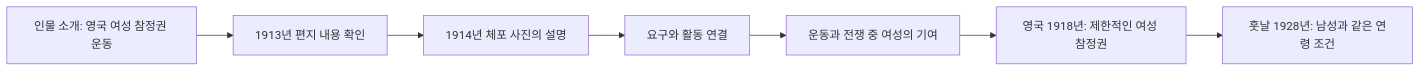
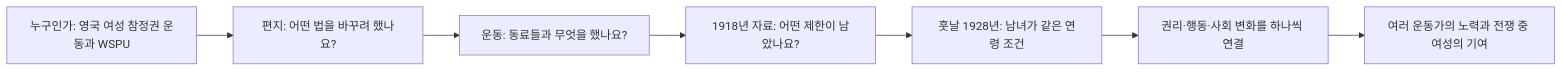
The seventh of 10 diagrams in docs/DIAGRAMS.md (bon17/1919choice), drawn with Mermaid before and after one commit. The commit also changed other lines of this file and 12 other files, not shown here.

````diff
--- a/docs/DIAGRAMS.md
+++ b/docs/DIAGRAMS.md
@@ -136,9 +132,9 @@
 ```mermaid
 flowchart LR
-    A[인물 소개: 영국 여성 참정권 운동] --> B[1913년 편지 내용 확인]
-    B --> C[1914년 체포 사진의 설명]
-    C --> D[요구와 활동 연결]
-    D --> E[운동과 전쟁 중 여성의 기여]
-    E --> F[영국 1918년: 제한적인 여성 참정권]
-    F --> G[훗날 1928년: 남성과 같은 연령 조건]
+    A[누구인가: 영국 여성 참정권 운동과 WSPU] --> B[편지: 어떤 법을 바꾸려 했나요?]
+    B --> C[운동: 동료들과 무엇을 했나요?]
+    C --> D[1918년 자료: 어떤 제한이 남았나요?]
+    D --> E[훗날 1928년: 남녀가 같은 연령 조건]
+    E --> F[권리·행동·사회 변화를 하나씩 연결]
+    F --> G[여러 운동가의 노력과 전쟁 중 여성의 기여]
 ```
````
